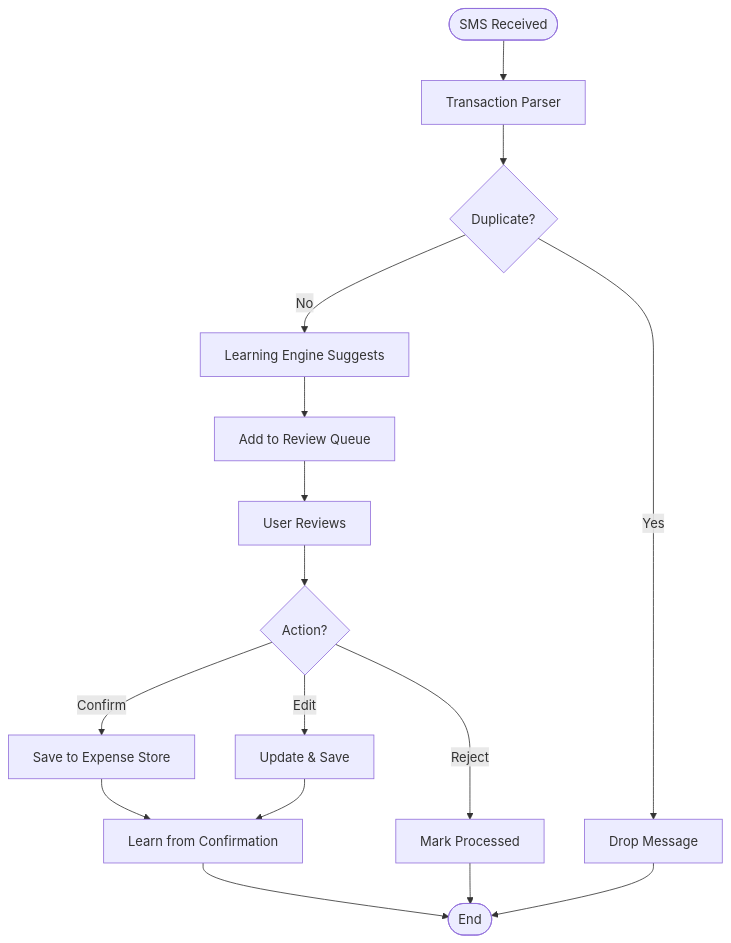
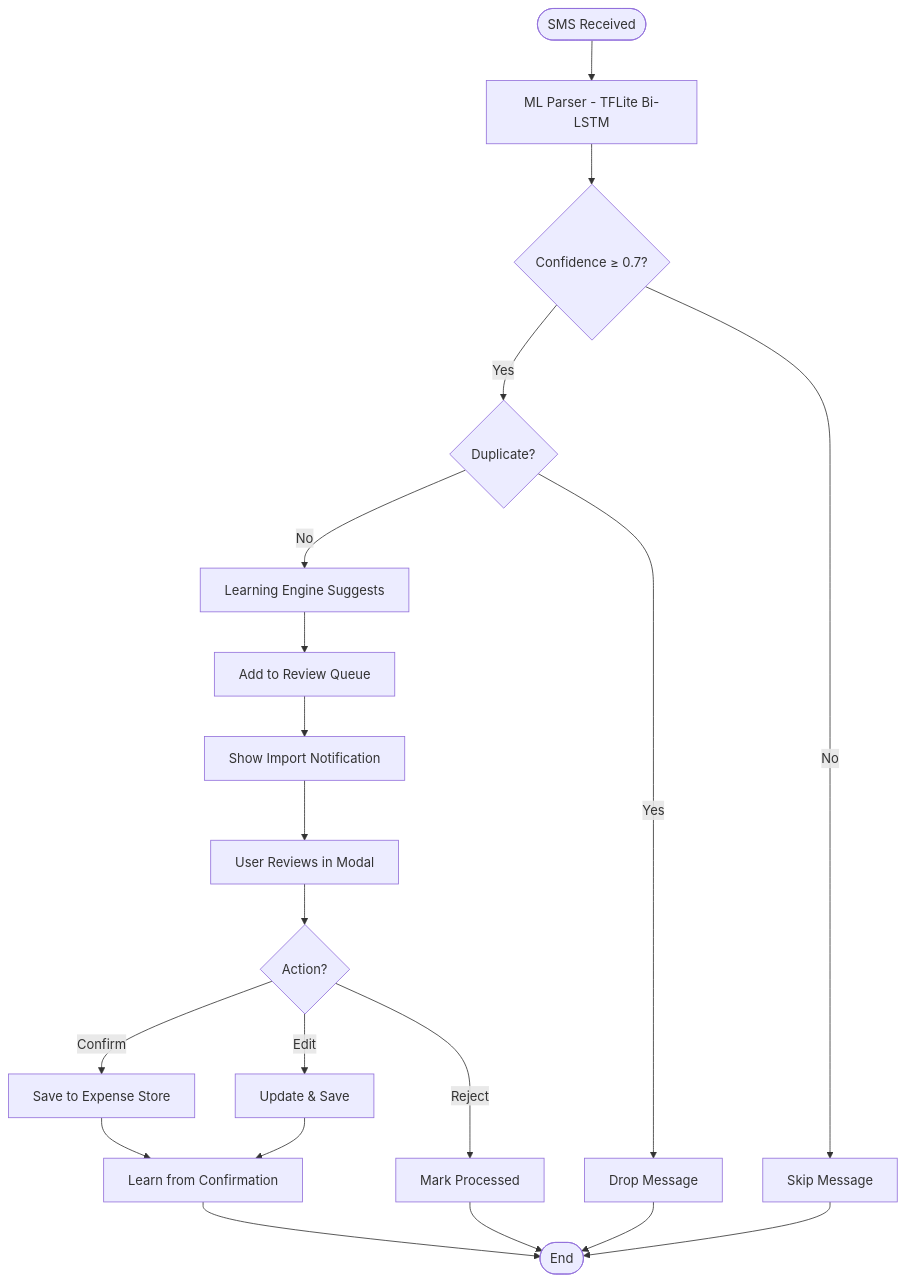
One commit to sudokoi/expense-buddy changed the sixth of 10 diagrams in ARCHITECTURE.md. Above: the diagram before and after it, drawn with Mermaid. The commit also changed other lines of this file and 2 other files, not shown here.

First line of the commit message:
docs: update changeset, README, and ARCHITECTURE for completed SMS import gaps

````diff
--- a/ARCHITECTURE.md
+++ b/ARCHITECTURE.md
@@ -270,18 +271,22 @@
 ```mermaid
 flowchart TD
-    Start([SMS Received]) --> Parse[Transaction Parser]
-    Parse --> CheckDup{Duplicate?}
+    Start([SMS Received]) --> Parse[ML Parser - TFLite Bi-LSTM]
+    Parse --> Confidence{Confidence ≥ 0.7?}
+    Confidence -->|No| Skip[Skip Message]
+    Confidence -->|Yes| CheckDup{Duplicate?}
     CheckDup -->|Yes| Drop[Drop Message]
     CheckDup -->|No| Suggest[Learning Engine Suggests]
     Suggest --> Queue[Add to Review Queue]
-    Queue --> Review[User Reviews]
+    Queue --> Notify[Show Import Notification]
+    Notify --> Review[User Reviews in Modal]
     Review --> Confirm{Action?}
     Confirm -->|Confirm| Save[Save to Expense Store]
     Confirm -->|Edit| Update[Update & Save]
     Confirm -->|Reject| Mark[Mark Processed]
     Save --> Learn[Learn from Confirmation]
     Update --> Learn
     Learn --> End([End])
     Mark --> End
     Drop --> End
+    Skip --> End
 ```
````
